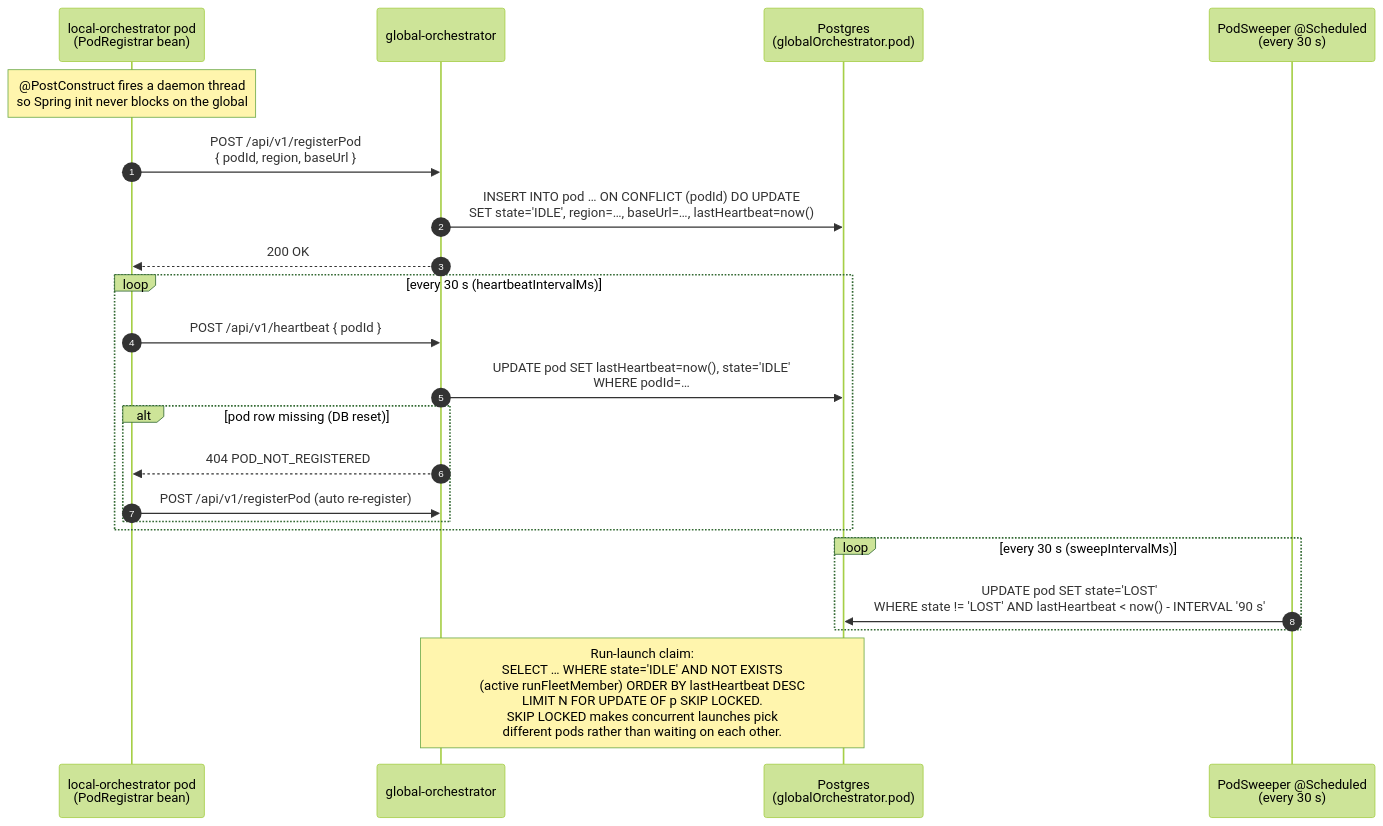
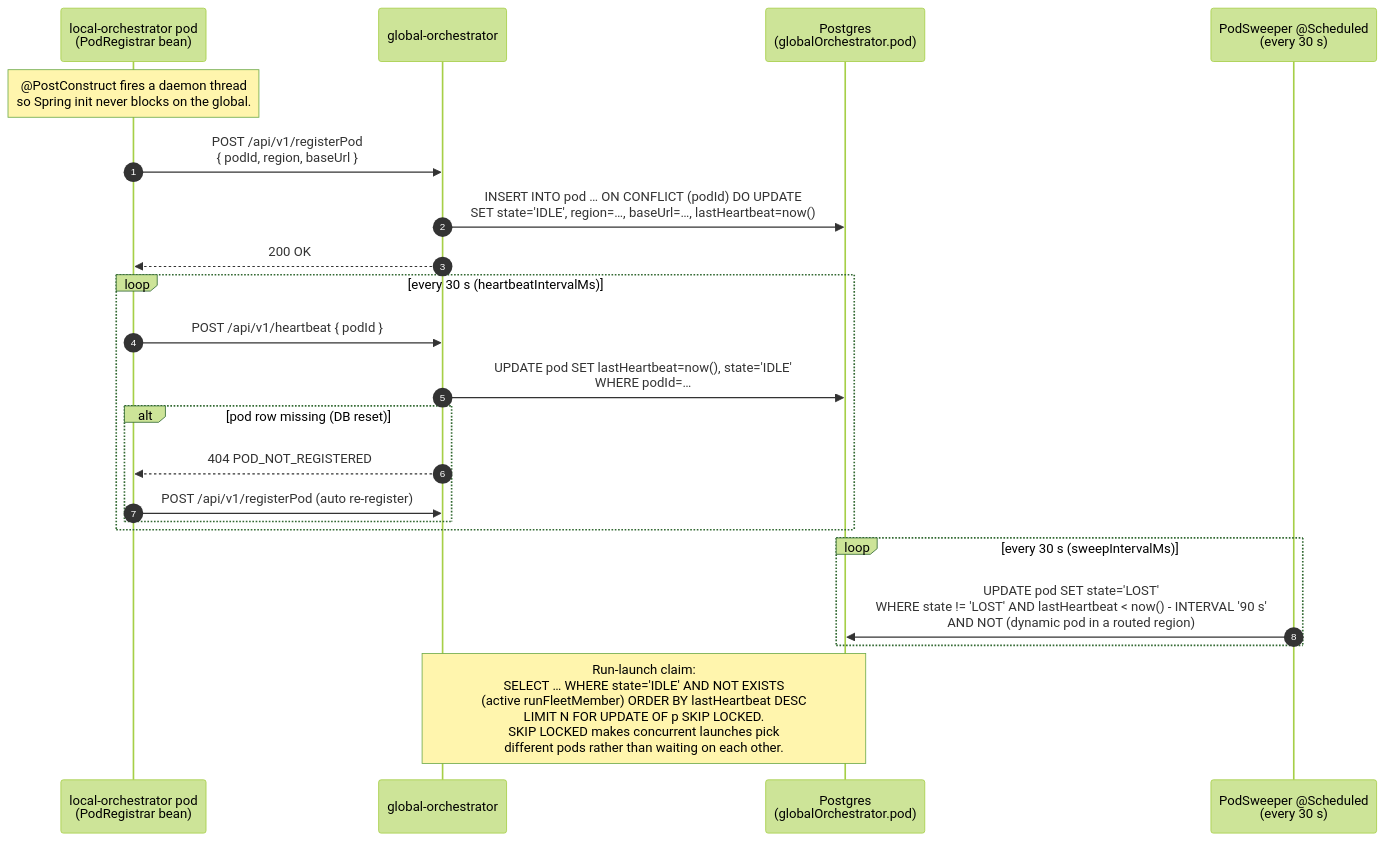
One commit to sharmakunal23/jmeter-cloud changed the third of 6 diagrams in docs/flowDiagrams.md. Above: the diagram before and after it, drawn with Mermaid (forest theme). The commit also changed other lines of this file and 337 other files, not shown here.

````diff
--- a/docs/flowDiagrams.md
+++ b/docs/flowDiagrams.md
@@ -64,29 +114,29 @@
 ```mermaid
 sequenceDiagram
     autonumber
     participant LO as local-orchestrator pod<br/>(PodRegistrar bean)
     participant GO as global-orchestrator
     participant PG as Postgres<br/>(globalOrchestrator.pod)
     participant SW as PodSweeper @Scheduled<br/>(every 30 s)
 
-    Note over LO: @PostConstruct fires a daemon thread<br/>so Spring init never blocks on the global
+    Note over LO: @PostConstruct fires a daemon thread<br/>so Spring init never blocks on the global.
 
     LO->>GO: POST /api/v1/registerPod<br/>{ podId, region, baseUrl }
     GO->>PG: INSERT INTO pod … ON CONFLICT (podId) DO UPDATE<br/>SET state='IDLE', region=…, baseUrl=…, lastHeartbeat=now()
     GO-->>LO: 200 OK
 
     loop every 30 s (heartbeatIntervalMs)
         LO->>GO: POST /api/v1/heartbeat { podId }
         GO->>PG: UPDATE pod SET lastHeartbeat=now(), state='IDLE'<br/>WHERE podId=…
         alt pod row missing (DB reset)
             GO-->>LO: 404 POD_NOT_REGISTERED
             LO->>GO: POST /api/v1/registerPod (auto re-register)
         end
     end
 
     loop every 30 s (sweepIntervalMs)
-        SW->>PG: UPDATE pod SET state='LOST'<br/>WHERE state != 'LOST' AND lastHeartbeat < now() - INTERVAL '90 s'
+        SW->>PG: UPDATE pod SET state='LOST'<br/>WHERE state != 'LOST' AND lastHeartbeat < now() - INTERVAL '90 s'<br/>AND NOT (dynamic pod in a routed region)
     end
 
     Note over GO,PG: Run-launch claim:<br/>SELECT … WHERE state='IDLE' AND NOT EXISTS<br/>(active runFleetMember) ORDER BY lastHeartbeat DESC<br/>LIMIT N FOR UPDATE OF p SKIP LOCKED.<br/>SKIP LOCKED makes concurrent launches pick<br/>different pods rather than waiting on each other.
 ```
````
